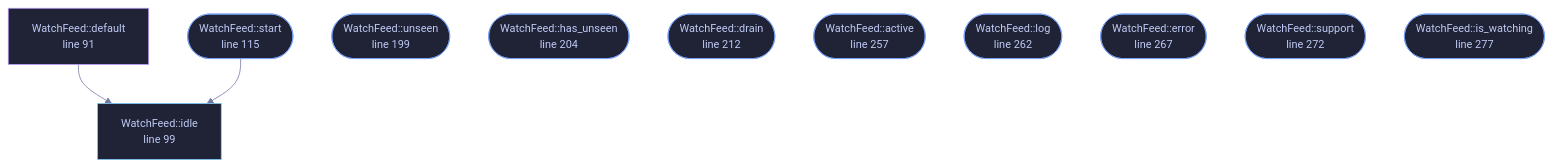
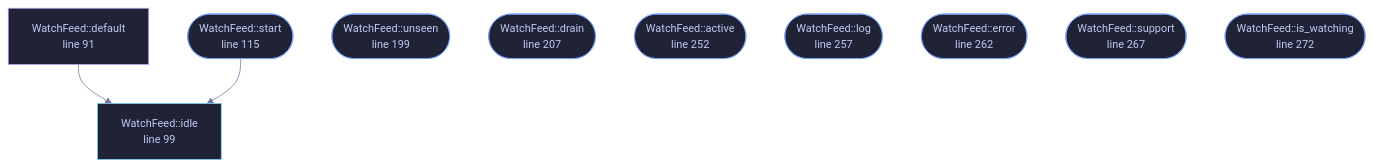
Before and after one commit to tilas01/veilvoice: the diagram in docs/files/veilvoice-gui/watchfeed.md, drawn with Mermaid. The commit also changed other lines of this file and 59 other files, not shown here.

````diff
--- a/docs/files/veilvoice-gui/watchfeed.md
+++ b/docs/files/veilvoice-gui/watchfeed.md
@@ -117,34 +116,32 @@
 ```mermaid
 %%{init: {"theme":"base","themeVariables":{"background":"#1a1b26","primaryColor":"#1f2335","primaryTextColor":"#c0caf5","primaryBorderColor":"#7aa2f7","secondaryColor":"#16161e","tertiaryColor":"#16161e","lineColor":"#737aa2","textColor":"#c0caf5","mainBkg":"#1f2335","nodeBorder":"#7aa2f7","clusterBkg":"#16161e","clusterBorder":"#2f3549","fontFamily":"ui-monospace, SFMono-Regular, Consolas, monospace","fontSize":"14px"}}}%%
 flowchart TD
     n_default["WatchFeed::default<br/>line 91"]
     n_idle["WatchFeed::idle<br/>line 99"]
     n_start(["WatchFeed::start<br/>line 115"])
     n_unseen(["WatchFeed::unseen<br/>line 199"])
-    n_has_unseen(["WatchFeed::has_unseen<br/>line 204"])
-    n_drain(["WatchFeed::drain<br/>line 212"])
-    n_active(["WatchFeed::active<br/>line 257"])
-    n_log(["WatchFeed::log<br/>line 262"])
-    n_error(["WatchFeed::error<br/>line 267"])
-    n_support(["WatchFeed::support<br/>line 272"])
-    n_is_watching(["WatchFeed::is_watching<br/>line 277"])
+    n_drain(["WatchFeed::drain<br/>line 207"])
+    n_active(["WatchFeed::active<br/>line 252"])
+    n_log(["WatchFeed::log<br/>line 257"])
+    n_error(["WatchFeed::error<br/>line 262"])
+    n_support(["WatchFeed::support<br/>line 267"])
+    n_is_watching(["WatchFeed::is_watching<br/>line 272"])
     n_default --> n_idle
     n_start --> n_idle
     click n_default href "https://github.com/tilas01/veilvoice/blob/main/crates/veilvoice-gui/src/watchfeed.rs#L91" "open the source"
     click n_idle href "https://github.com/tilas01/veilvoice/blob/main/crates/veilvoice-gui/src/watchfeed.rs#L99" "open the source"
     click n_start href "https://github.com/tilas01/veilvoice/blob/main/crates/veilvoice-gui/src/watchfeed.rs#L115" "open the source"
     click n_unseen href "https://github.com/tilas01/veilvoice/blob/main/crates/veilvoice-gui/src/watchfeed.rs#L199" "open the source"
-    click n_has_unseen href "https://github.com/tilas01/veilvoice/blob/main/crates/veilvoice-gui/src/watchfeed.rs#L204" "open the source"
-    click n_drain href "https://github.com/tilas01/veilvoice/blob/main/crates/veilvoice-gui/src/watchfeed.rs#L212" "open the source"
-    click n_active href "https://github.com/tilas01/veilvoice/blob/main/crates/veilvoice-gui/src/watchfeed.rs#L257" "open the source"
-    click n_log href "https://github.com/tilas01/veilvoice/blob/main/crates/veilvoice-gui/src/watchfeed.rs#L262" "open the source"
-    click n_error href "https://github.com/tilas01/veilvoice/blob/main/crates/veilvoice-gui/src/watchfeed.rs#L267" "open the source"
-    click n_support href "https://github.com/tilas01/veilvoice/blob/main/crates/veilvoice-gui/src/watchfeed.rs#L272" "open the source"
-    click n_is_watching href "https://github.com/tilas01/veilvoice/blob/main/crates/veilvoice-gui/src/watchfeed.rs#L277" "open the source"
+    click n_drain href "https://github.com/tilas01/veilvoice/blob/main/crates/veilvoice-gui/src/watchfeed.rs#L207" "open the source"
+    click n_active href "https://github.com/tilas01/veilvoice/blob/main/crates/veilvoice-gui/src/watchfeed.rs#L252" "open the source"
+    click n_log href "https://github.com/tilas01/veilvoice/blob/main/crates/veilvoice-gui/src/watchfeed.rs#L257" "open the source"
+    click n_error href "https://github.com/tilas01/veilvoice/blob/main/crates/veilvoice-gui/src/watchfeed.rs#L262" "open the source"
+    click n_support href "https://github.com/tilas01/veilvoice/blob/main/crates/veilvoice-gui/src/watchfeed.rs#L267" "open the source"
+    click n_is_watching href "https://github.com/tilas01/veilvoice/blob/main/crates/veilvoice-gui/src/watchfeed.rs#L272" "open the source"
     classDef entry fill:#1f2335,stroke:#7aa2f7,color:#c0caf5
-    class n_start,n_unseen,n_has_unseen,n_drain,n_active,n_log,n_error,n_support,n_is_watching entry
+    class n_start,n_unseen,n_drain,n_active,n_log,n_error,n_support,n_is_watching entry
     classDef api fill:#1f2335,stroke:#7dcfff,color:#c0caf5
     class n_idle api
     classDef helper fill:#1f2335,stroke:#bb9af7,color:#c0caf5
     class n_default helper
 ```
````
